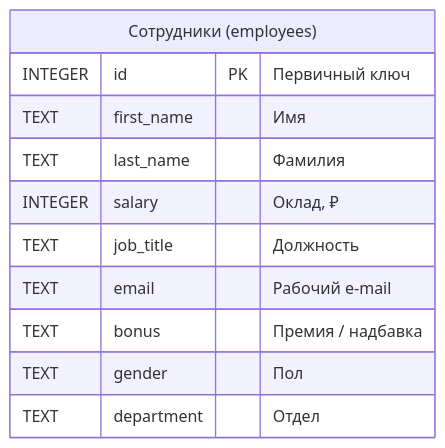
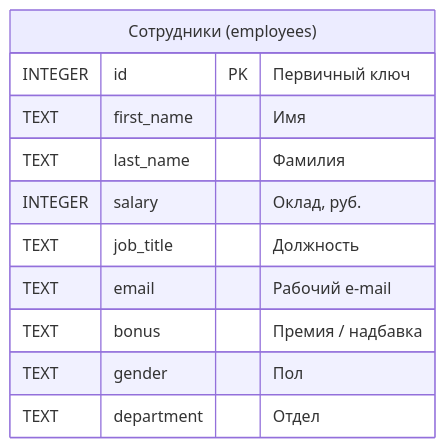
The diagram in disciplines/it03/lectures/includes/digital_agency_employees_db/digital_agency_employees.mermaid (vshp-online/it.vshp.online), drawn with Mermaid before and after one commit. The commit also changed 5 other files, not shown here.

Commit message:
мелкие фиксы в диаграммах и данных ИТ.03

```diff
--- a/disciplines/it03/lectures/includes/digital_agency_employees_db/digital_agency_employees.mermaid
+++ b/disciplines/it03/lectures/includes/digital_agency_employees_db/digital_agency_employees.mermaid
@@ -1,13 +1,13 @@
 erDiagram
   %% Справочник сотрудников агентства
   employees["Сотрудники (employees)"] {
     INTEGER    id PK         "Первичный ключ"
     TEXT       first_name    "Имя"
     TEXT       last_name     "Фамилия"
-    INTEGER    salary        "Оклад, ₽"
+    INTEGER    salary        "Оклад, руб."
     TEXT       job_title     "Должность"
     TEXT       email         "Рабочий e-mail"
     TEXT       bonus         "Премия / надбавка"
     TEXT       gender        "Пол"
     TEXT       department    "Отдел"
   }
```
